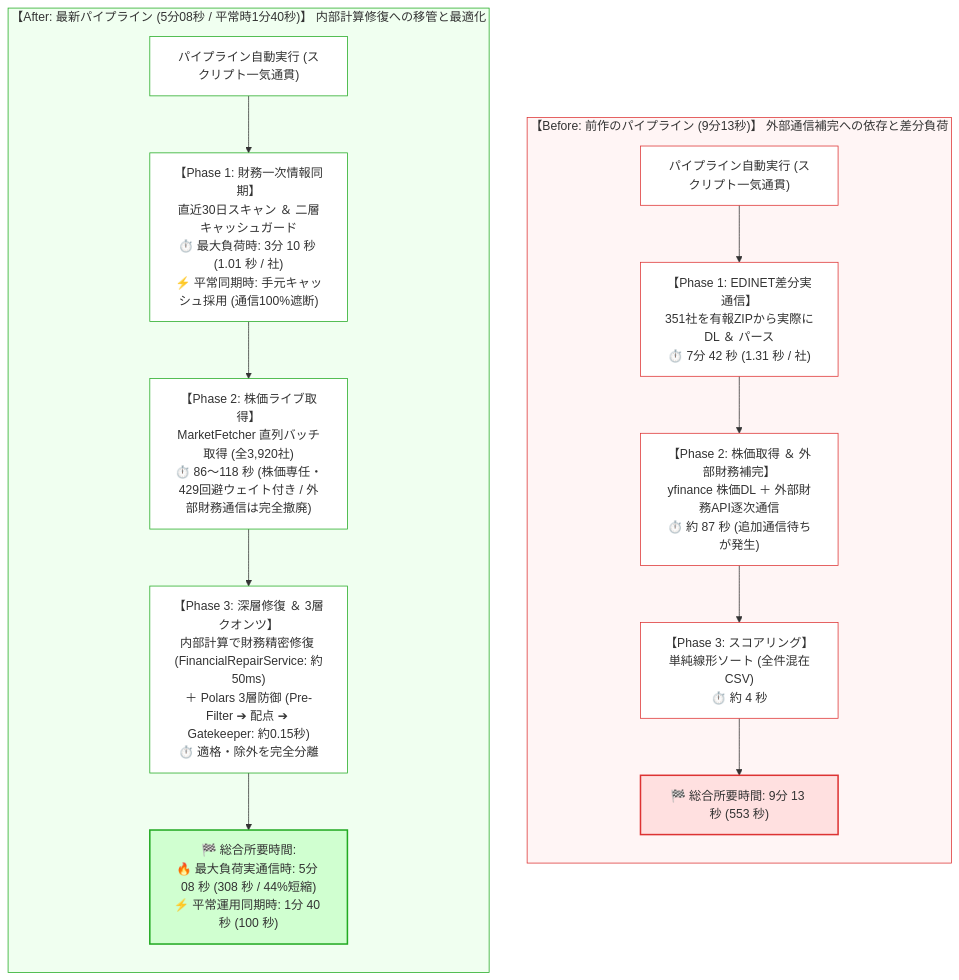
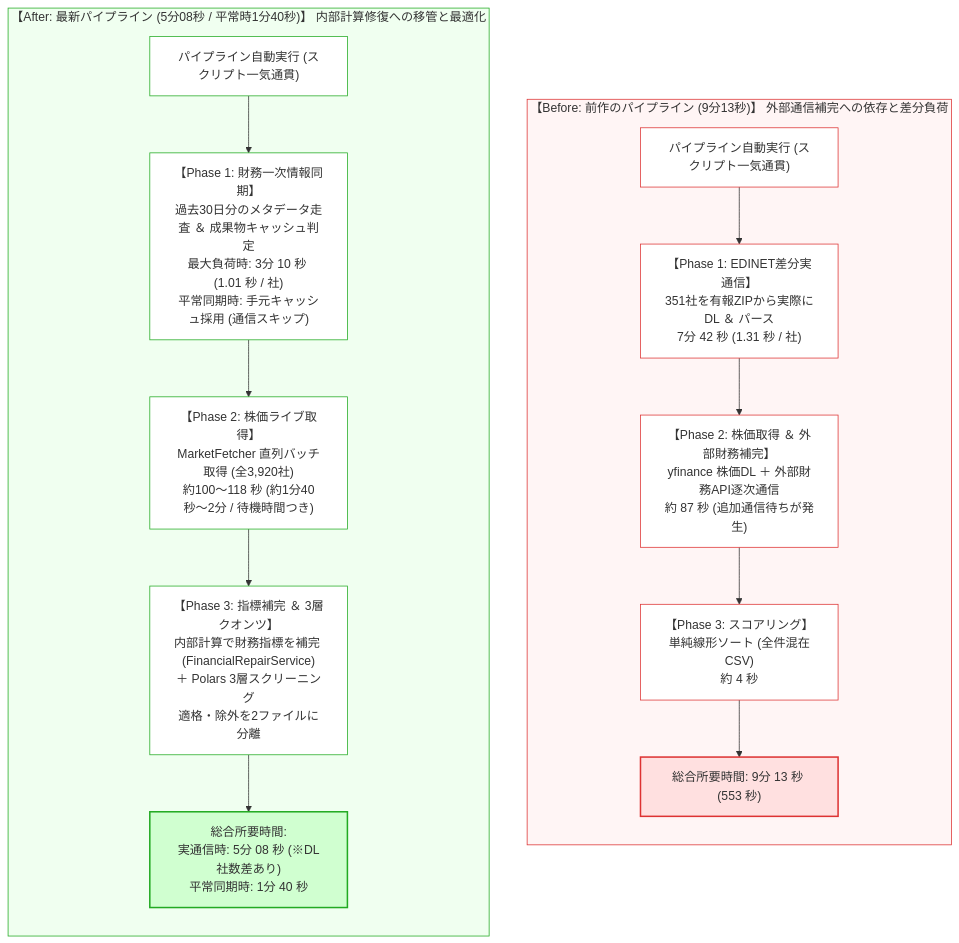
The first of 2 diagrams in docs/articles/qiita_part1_data_acquisition.md (akkyey/stock-analyzer-core), drawn with Mermaid before and after one commit. The commit also changed other lines of this file and 12 other files, not shown here.

Commit message:
docs & fix: update Qiita articles, add Colab & customization designs, and fix pre-filter/financial-repair

````diff
--- a/docs/articles/qiita_part1_data_acquisition.md
+++ b/docs/articles/qiita_part1_data_acquisition.md
@@ -58,31 +52,31 @@
 ```mermaid
 flowchart TD
     subgraph Before ["【Before: 前作のパイプライン (9分13秒)】 外部通信補完への依存と差分負荷"]
         direction TB
-        B_Start["パイプライン自動実行 (スクリプト一気通貫)"] --> B_E["【Phase 1: EDINET差分実通信】<br>351社を有報ZIPから実際にDL ＆ パース<br>⏱️ 7分 42 秒 (1.31 秒 / 社)"]
-        B_E --> B_Y["【Phase 2: 株価取得 ＆ 外部財務補完】<br>yfinance 株価DL ＋ 外部財務API逐次通信<br>⏱️ 約 87 秒 (追加通信待ちが発生)"]
-        B_Y --> B_A["【Phase 3: スコアリング】<br>単純線形ソート (全件混在CSV)<br>⏱️ 約 4 秒"]
-        B_A --> B_Total["🏁 総合所要時間: 9分 13 秒 (553 秒)"]
+        B_Start["パイプライン自動実行 (スクリプト一気通貫)"] --> B_E["【Phase 1: EDINET差分実通信】<br>351社を有報ZIPから実際にDL ＆ パース<br>7分 42 秒 (1.31 秒 / 社)"]
+        B_E --> B_Y["【Phase 2: 株価取得 ＆ 外部財務補完】<br>yfinance 株価DL ＋ 外部財務API逐次通信<br>約 87 秒 (追加通信待ちが発生)"]
+        B_Y --> B_A["【Phase 3: スコアリング】<br>単純線形ソート (全件混在CSV)<br>約 4 秒"]
+        B_A --> B_Total["総合所要時間: 9分 13 秒 (553 秒)"]
     end
 
     subgraph After ["【After: 最新パイプライン (5分08秒 / 平常時1分40秒)】 内部計算修復への移管と最適化"]
         direction TB
-        A_Start["パイプライン自動実行 (スクリプト一気通貫)"] --> A_E["【Phase 1: 財務一次情報同期】<br>直近30日スキャン ＆ 二層キャッシュガード<br>⏱️ 最大負荷時: 3分 10 秒 (1.01 秒 / 社)<br>⚡ 平常同期時: 手元キャッシュ採用 (通信100%遮断)"]
-        A_E --> A_Y["【Phase 2: 株価ライブ取得】<br>MarketFetcher 直列バッチ取得 (全3,920社)<br>⏱️ 86〜118 秒 (株価専任・429回避ウェイト付き / 外部財務通信は完全撤廃)"]
-        A_Y --> A_A["【Phase 3: 深層修復 ＆ 3層クオンツ】<br>内部計算で財務精密修復 (FinancialRepairService: 約50ms)<br>＋ Polars 3層防御 (Pre-Filter ➔ 配点 ➔ Gatekeeper: 約0.15秒)<br>⏱️ 適格・除外を完全分離"]
-        A_A --> A_Total["🏁 総合所要時間:<br>🔥 最大負荷実通信時: 5分 08 秒 (308 秒 / 44%短縮)<br>⚡ 平常運用同期時: 1分 40 秒 (100 秒)"]
+        A_Start["パイプライン自動実行 (スクリプト一気通貫)"] --> A_E["【Phase 1: 財務一次情報同期】<br>過去30日分のメタデータ走査 ＆ 成果物キャッシュ判定<br>最大負荷時: 3分 10 秒 (1.01 秒 / 社)<br>平常同期時: 手元キャッシュ採用 (通信スキップ)"]
+        A_E --> A_Y["【Phase 2: 株価ライブ取得】<br>MarketFetcher 直列バッチ取得 (全3,920社)<br>約100〜118 秒 (約1分40秒〜2分 / 待機時間つき)"]
+        A_Y --> A_A["【Phase 3: 指標補完 ＆ 3層クオンツ】<br>内部計算で財務指標を補完 (FinancialRepairService)<br>＋ Polars 3層スクリーニング<br>適格・除外を2ファイルに分離"]
+        A_A --> A_Total["総合所要時間:<br>実通信時: 5分 08 秒 (※DL社数差あり)<br>平常同期時: 1分 40 秒"]
     end
 
     style Before fill:#fff5f5,stroke:#d33,stroke-width:1px,color:#333
     style After fill:#f0fff0,stroke:#2a2,stroke-width:1px,color:#333
     style B_Start fill:#fff,stroke:#d33,stroke-width:1px,color:#333
     style B_E fill:#fff,stroke:#d33,stroke-width:1px,color:#333
     style B_Y fill:#fff,stroke:#d33,stroke-width:1px,color:#333
     style B_A fill:#fff,stroke:#d33,stroke-width:1px,color:#333
     style B_Total fill:#ffe0e0,stroke:#d33,stroke-width:2px,color:#333
     style A_Start fill:#fff,stroke:#2a2,stroke-width:1px,color:#333
     style A_E fill:#fff,stroke:#2a2,stroke-width:1px,color:#333
     style A_Y fill:#fff,stroke:#2a2,stroke-width:1px,color:#333
     style A_A fill:#fff,stroke:#2a2,stroke-width:1px,color:#333
     style A_Total fill:#d0ffd0,stroke:#2a2,stroke-width:2px,color:#333
 ```
````
